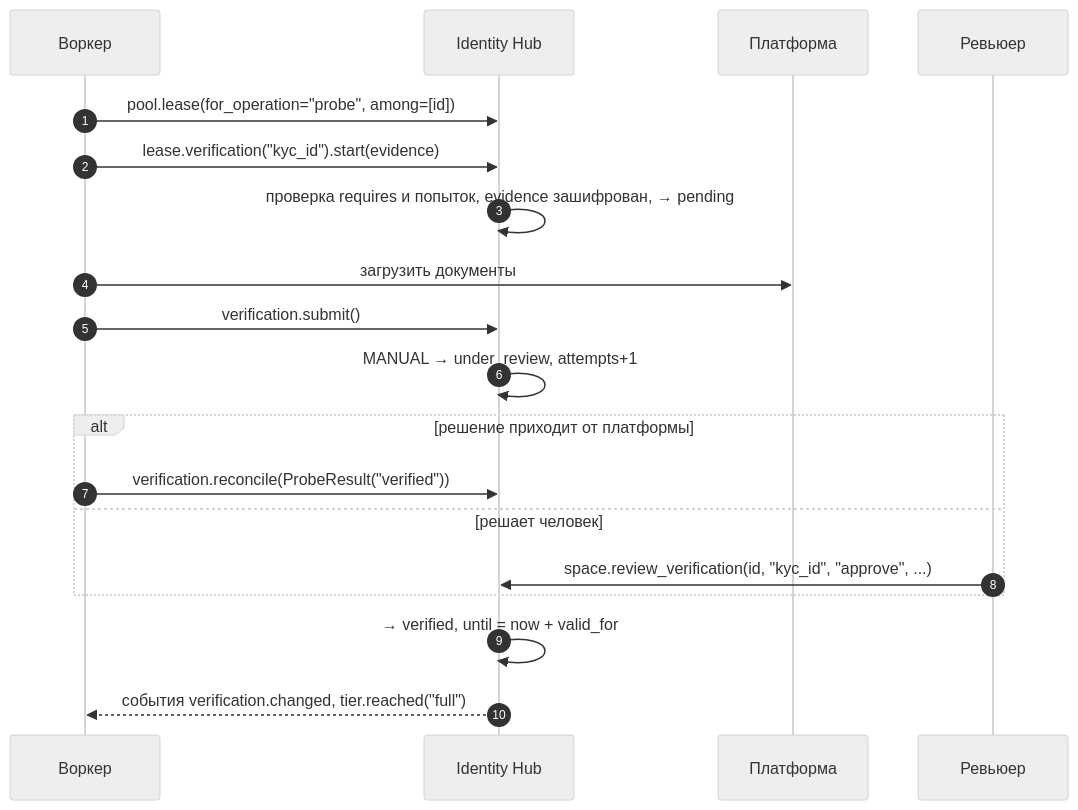
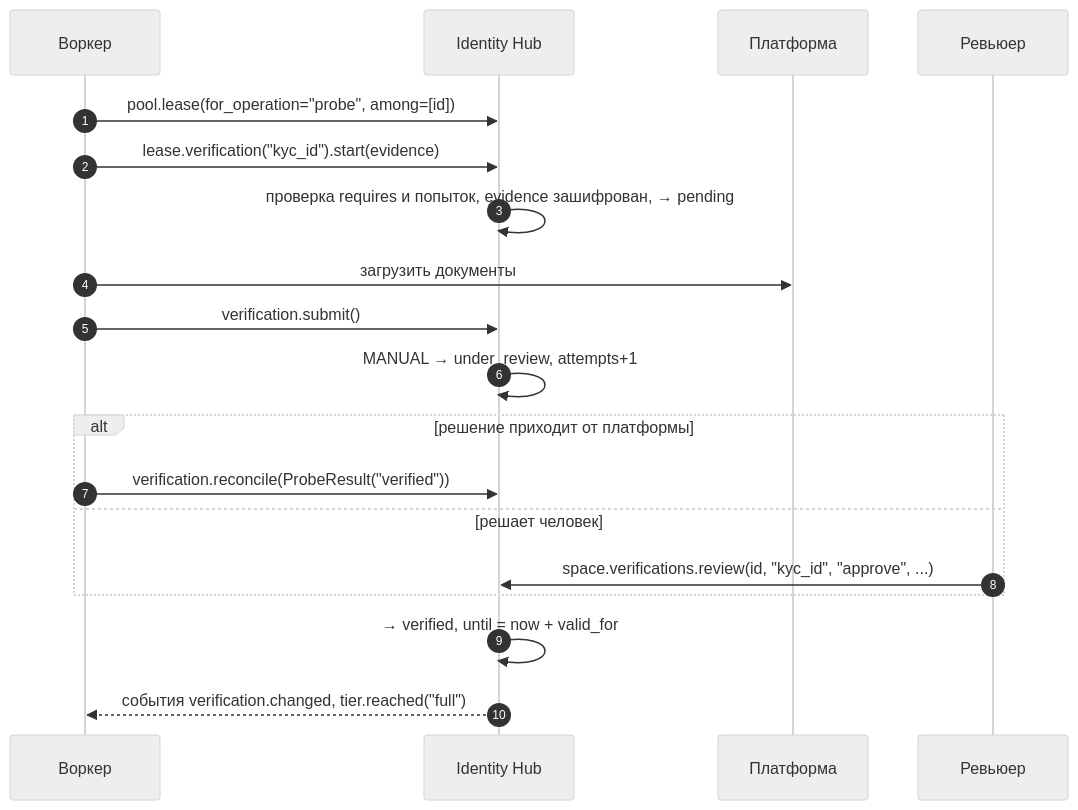
Before and after one commit to 0cherednoq/identity-hub: the second of 2 diagrams in docs/guide/06-verification.md, drawn with Mermaid (neutral theme). The commit also changed other lines of this file and 20 other files, not shown here.

````diff
--- a/docs/guide/06-verification.md
+++ b/docs/guide/06-verification.md
@@ -89,22 +89,22 @@
 ```mermaid
 sequenceDiagram
     autonumber
     participant W as Воркер
     participant Hub as Identity Hub
     participant Pl as Платформа
     participant Rev as Ревьюер
 
     W->>Hub: pool.lease(for_operation="probe", among=[id])
     W->>Hub: lease.verification("kyc_id").start(evidence)
     Hub->>Hub: проверка requires и попыток, evidence зашифрован, → pending
     W->>Pl: загрузить документы
     W->>Hub: verification.submit()
     Hub->>Hub: MANUAL → under_review, attempts+1
     alt решение приходит от платформы
         W->>Hub: verification.reconcile(ProbeResult("verified"))
     else решает человек
-        Rev->>Hub: space.review_verification(id, "kyc_id", "approve", ...)
+        Rev->>Hub: space.verifications.review(id, "kyc_id", "approve", ...)
     end
     Hub->>Hub: → verified, until = now + valid_for
     Hub-->>W: события verification.changed, tier.reached("full")
 ```
````
